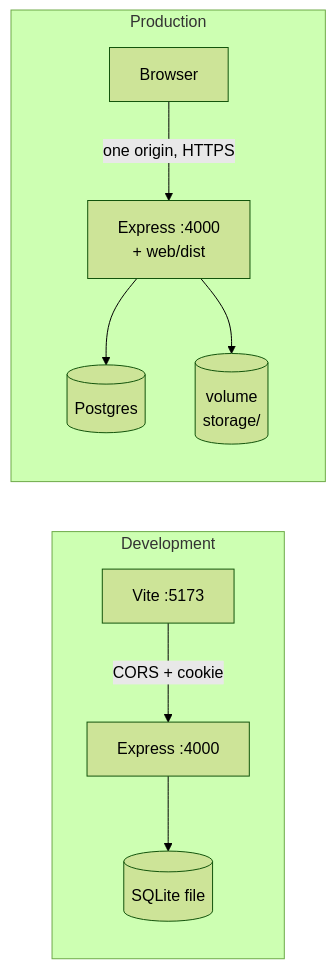
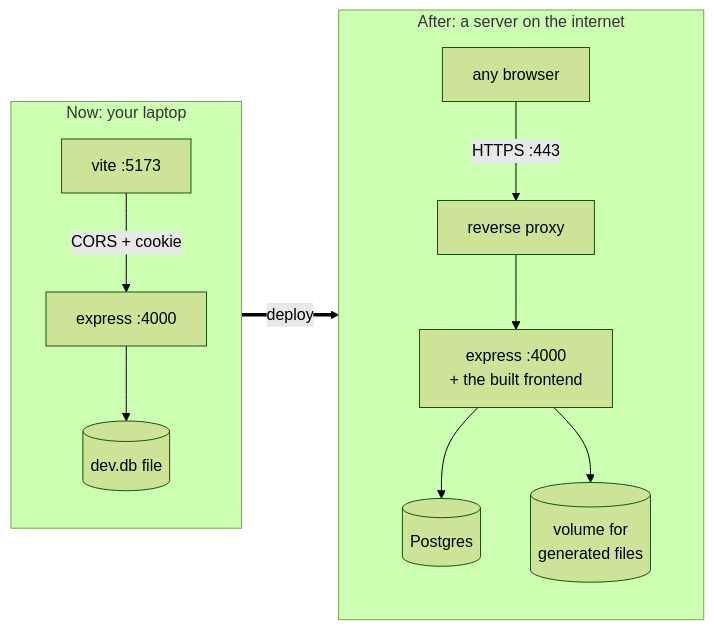
One commit to X-Rachit-X/AI_Secretary changed the first of 4 diagrams in docs/10-DEPLOYMENT.md. Above: the diagram before and after it, drawn with Mermaid (forest theme). The commit also changed other lines of this file and 3 other files, not shown here.

````diff
--- a/docs/10-DEPLOYMENT.md
+++ b/docs/10-DEPLOYMENT.md
@@ -23,13 +54,16 @@
 ```mermaid
 flowchart LR
-    subgraph DEV["Development"]
-        V["Vite :5173"] -->|"CORS + cookie"| S1["Express :4000"]
-        S1 --> SQ[("SQLite file")]
+    subgraph L["Now: your laptop"]
+        V["vite :5173"] -->|"CORS + cookie"| A1["express :4000"]
+        A1 --> F[("dev.db file")]
     end
 
-    subgraph PROD["Production"]
-        B["Browser"] -->|"one origin, HTTPS"| S2["Express :4000<br/>+ web/dist"]
-        S2 --> PG[("Postgres")]
-        S2 --> VOL[("volume<br/>storage/")]
+    subgraph P["After: a server on the internet"]
+        B["any browser"] -->|"HTTPS :443"| C["reverse proxy"]
+        C --> A2["express :4000<br/>+ the built frontend"]
+        A2 --> PG[("Postgres")]
+        A2 --> VOL[("volume for<br/>generated files")]
     end
+
+    L ==>|"deploy"| P
 ```
````
